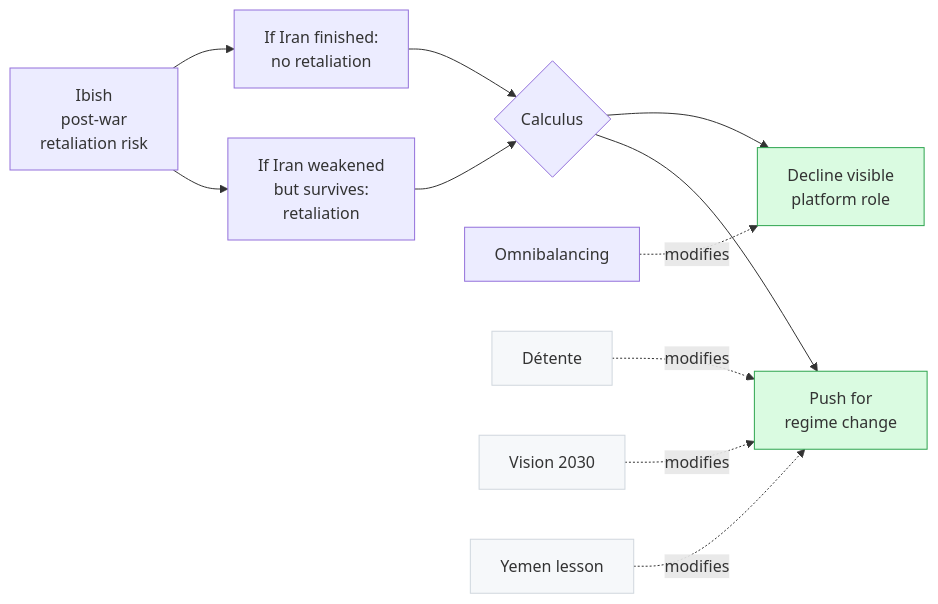
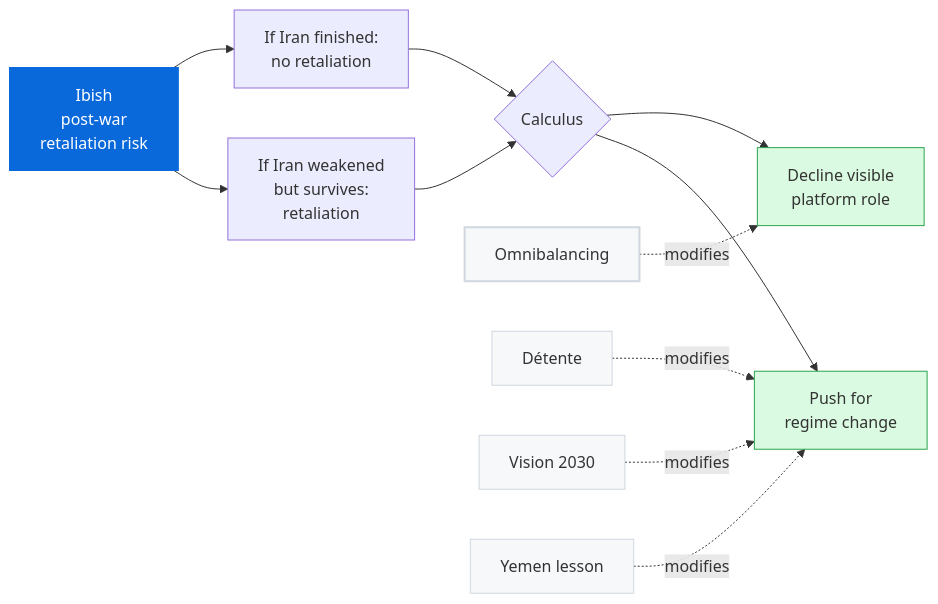
The fourth of 5 diagrams in analyses/q12-4-gulf-paradox.qmd (Owc1272/game-theory-2026-iran-war), drawn with Mermaid before and after one commit. The commit also changed other lines of this file and 1 other file, not shown here.

Commit message:
Fix SVG gloss popovers: separate mermaid class directives + manual triggers (Bootstrap auto-trigger unreliable on SVG)

````diff
--- a/analyses/q12-4-gulf-paradox.qmd
+++ b/analyses/q12-4-gulf-paradox.qmd
@@ -121,23 +125,25 @@
 ```{mermaid}
 flowchart LR
   I[Ibish<br/>post-war<br/>retaliation risk]
   I --> A[If Iran weakened<br/>but survives:<br/>retaliation]
   I --> B[If Iran finished:<br/>no retaliation]
   A --> C{Calculus}
   B --> C
   C --> D1[Push for<br/>regime change]
   C --> D2[Decline visible<br/>platform role]
   M1[Omnibalancing] -.->|modifies| D2
   M2[Détente] -.->|modifies| D1
   M3[Vision 2030] -.->|modifies| D1
   M4[Yemen lesson] -.->|modifies| D1
   classDef hl fill:#0969da,color:#fff,stroke:#0969da
   classDef ds fill:#dafbe1,stroke:#2da44e
   classDef md fill:#f6f8fa,stroke:#d0d7de
-  classDef gt-gloss-ibish-post-war-retaliation-risk stroke-dasharray:0
-  classDef gt-gloss-omnibalancing stroke-dasharray:0
-  class I hl,gt-gloss-ibish-post-war-retaliation-risk
+  classDef gt-gloss-ibish-post-war-retaliation-risk stroke-width:2px
+  classDef gt-gloss-omnibalancing stroke-width:2px
+  class I hl
+  class I gt-gloss-ibish-post-war-retaliation-risk
   class D1,D2 ds
-  class M1 md,gt-gloss-omnibalancing
+  class M1 md
+  class M1 gt-gloss-omnibalancing
   class M2,M3,M4 md
 ```
````
